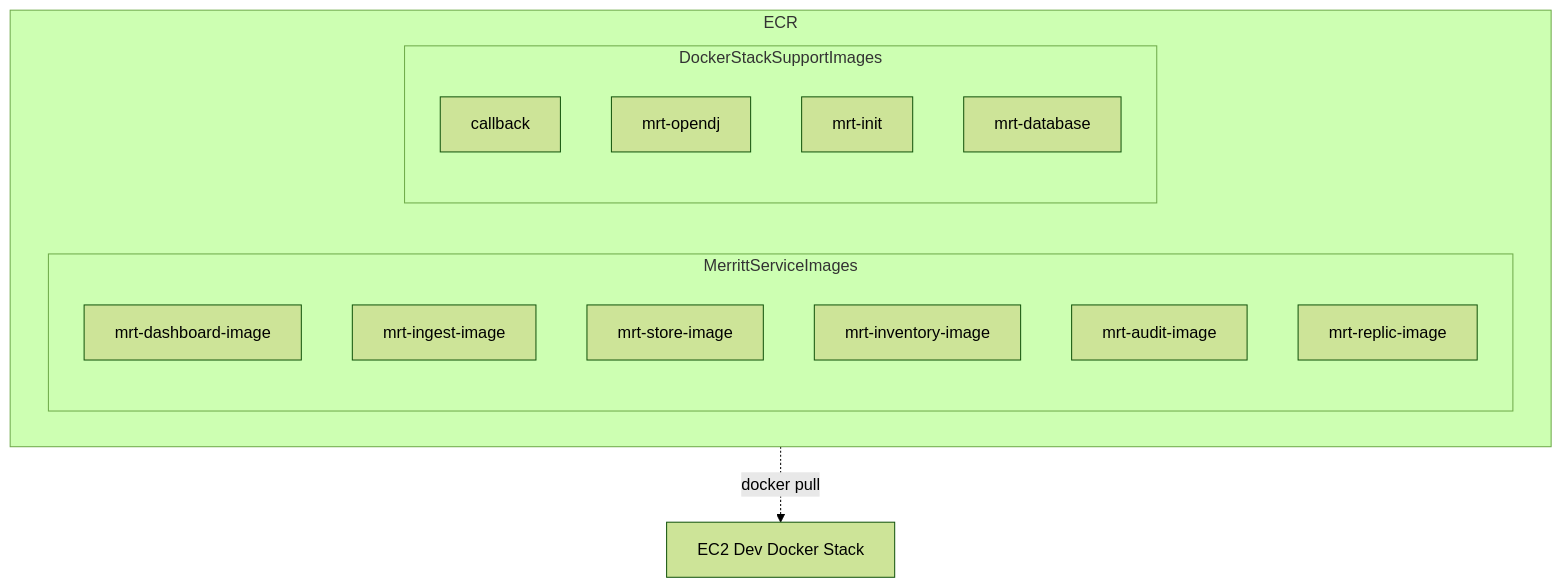
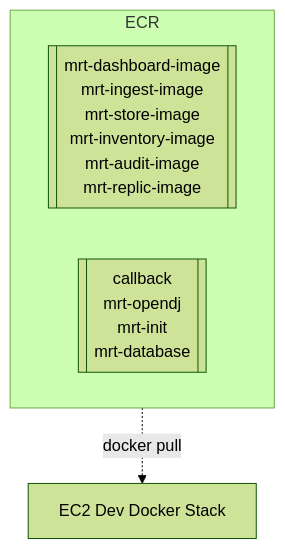
One commit to CDLUC3/mrt-doc changed the eighth of 13 diagrams in design/aws-build/README.md. Above: the diagram before and after it, drawn with Mermaid (forest theme). The commit also changed other lines of this file, not shown here.

````diff
--- a/design/aws-build/README.md
+++ b/design/aws-build/README.md
@@ -200,22 +200,22 @@
 ```mermaid
 graph TD
   ECR -.-> |docker pull| EC2_Dev
   EC2_Dev[EC2 Dev Docker Stack]
   subgraph ECR
-    subgraph MerrittServiceImages
+    MerrittServiceImages[["`
       mrt-dashboard-image
       mrt-ingest-image
       mrt-store-image
       mrt-inventory-image
       mrt-audit-image
       mrt-replic-image
-    end
+    `"]]
 
-    subgraph DockerStackSupportImages
+    DockerStackSupportImages[["`
       callback
       mrt-opendj
       mrt-init
       mrt-database
-    end
+    `"]]
   end
 ```
````
